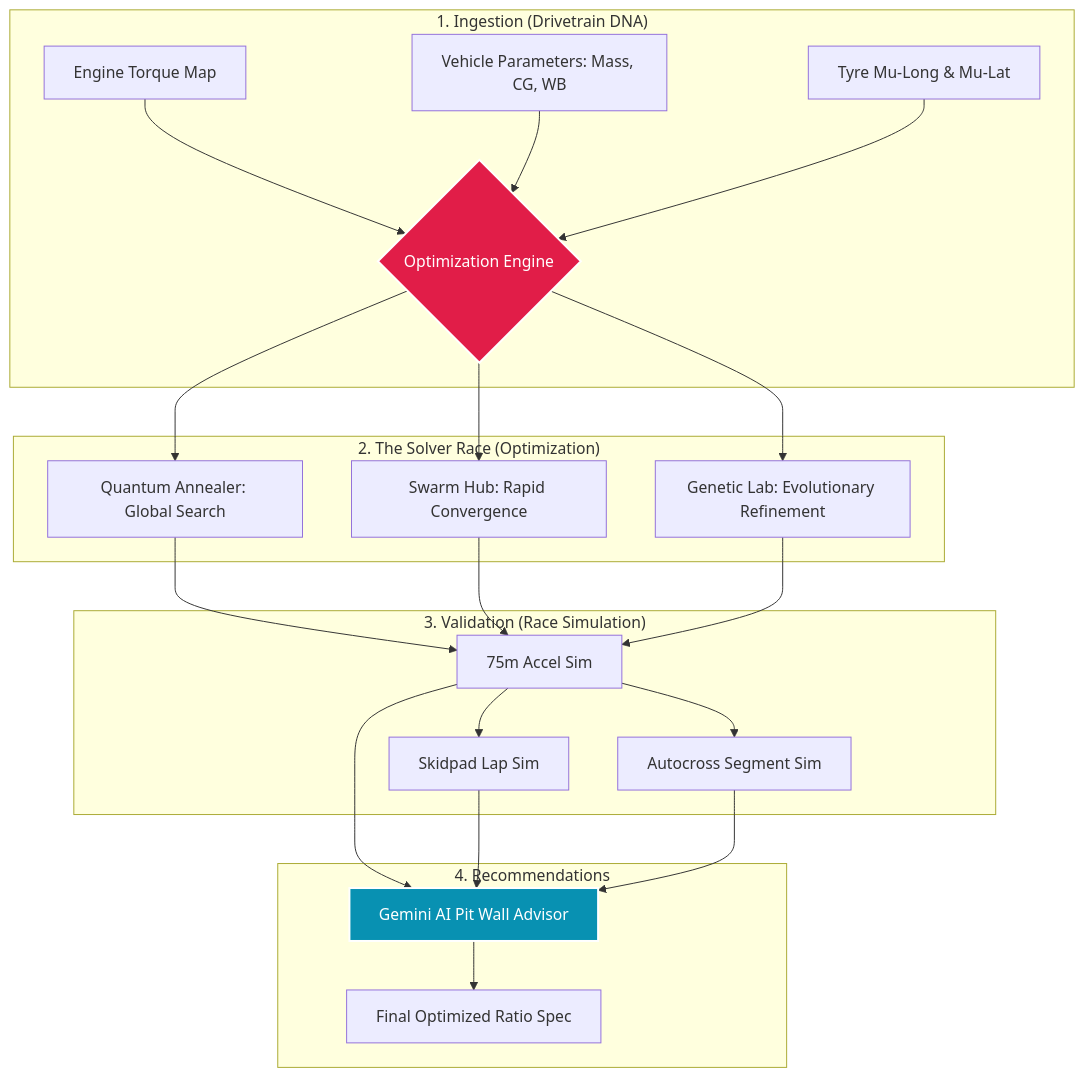
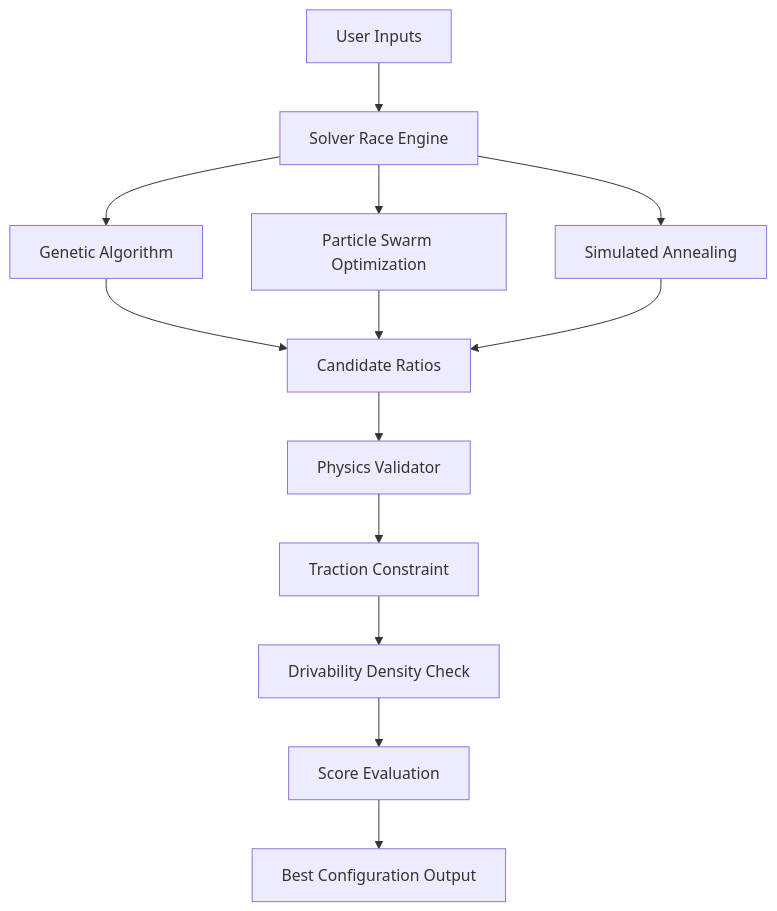
Before and after one commit to Punyamittal/gear-lab-pro: the second of 6 diagrams in README.md, drawn with Mermaid. The commit also changed other lines of this file and 4 other files, not shown here.

````diff
--- a/README.md
+++ b/README.md
@@ -47,29 +66,18 @@
 ```mermaid
-graph TD
-    subgraph "1. Ingestion (Drivetrain DNA)"
-        A1[Engine Torque Map] --> B
-        A2[Vehicle Parameters: Mass, CG, WB] --> B
-        A3[Tyre Mu-Long & Mu-Lat] --> B
-    end
+flowchart TD
+    A[User Inputs] --> B[Solver Race Engine]
 
-    subgraph "2. The Solver Race (Optimization)"
-        B{Optimization Engine}
-        B --> C1[Quantum Annealer: Global Search]
-        B --> C2[Swarm Hub: Rapid Convergence]
-        B --> C3[Genetic Lab: Evolutionary Refinement]
-    end
+    B --> C1[Genetic Algorithm]
+    B --> C2[Particle Swarm Optimization]
+    B --> C3[Simulated Annealing]
 
-    subgraph "3. Validation (Race Simulation)"
-        C1 & C2 & C3 --> D[75m Accel Sim]
-        D --> E[Skidpad Lap Sim]
-        D --> F[Autocross Segment Sim]
-    end
+    C1 --> D[Candidate Ratios]
+    C2 --> D
+    C3 --> D
 
-    subgraph "4. Recommendations"
-    D & E & F --> G[Gemini AI Pit Wall Advisor]
-    G --> H[Final Optimized Ratio Spec]
-    end
-
-    style B fill:#e11d48,stroke:#fff,stroke-width:2px,color:#fff
-    style G fill:#0891b2,stroke:#fff,stroke-width:2px,color:#fff
+    D --> E[Physics Validator]
+    E --> F[Traction Constraint]
+    F --> G[Drivability Density Check]
+    G --> H[Score Evaluation]
+    H --> I[Best Configuration Output]
 ```
````
